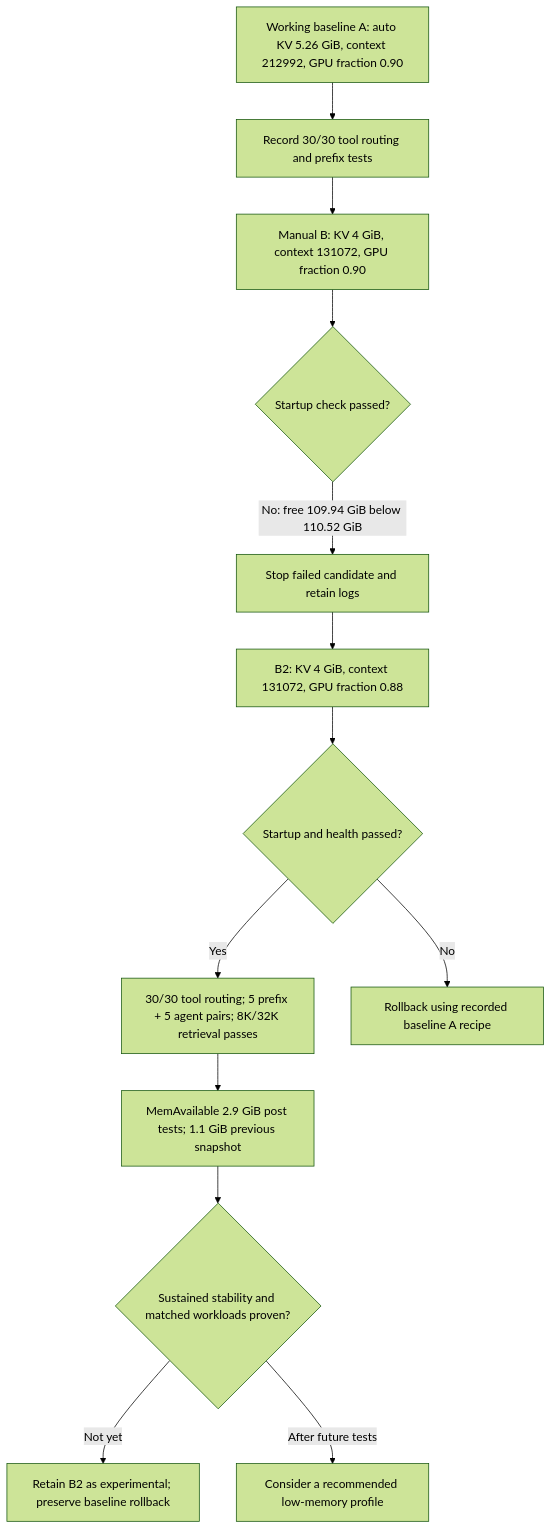
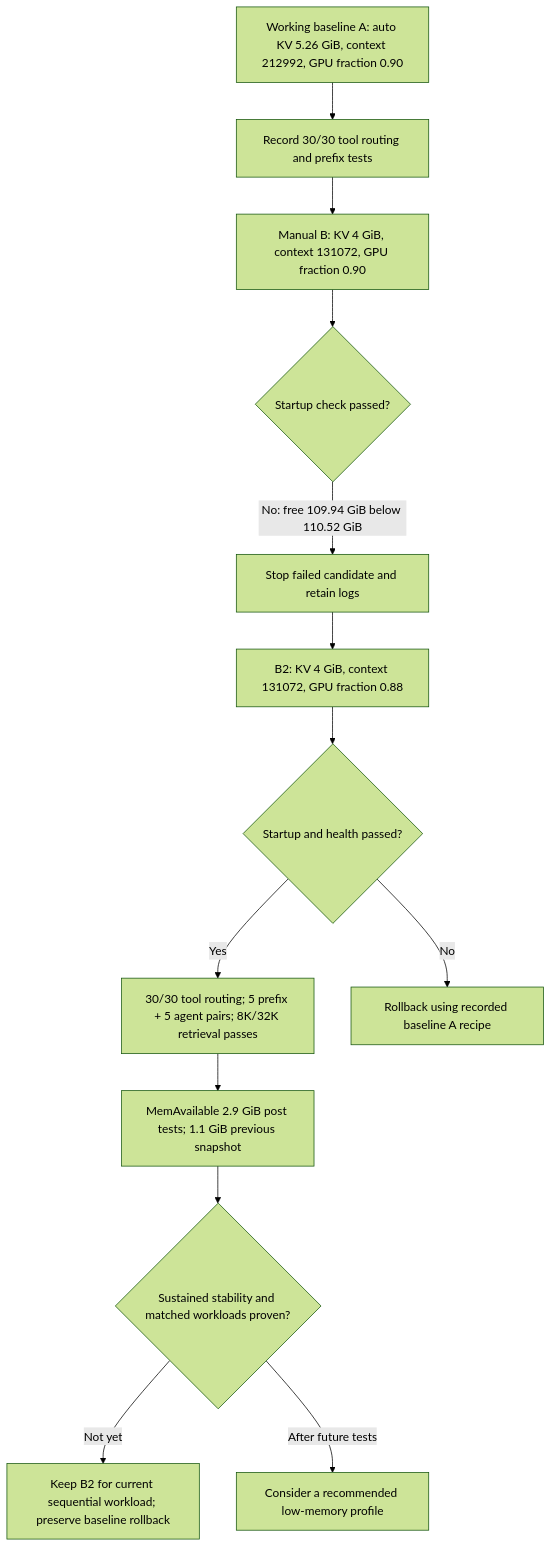
Before and after one commit to kagaho/jetson-thor-llm-bench: the diagram in docs/diagrams/11-memory-budget-restart.md, drawn with Mermaid (forest theme). The commit also changed other lines of this file and 19 other files, not shown here.

````diff
--- a/docs/diagrams/11-memory-budget-restart.md
+++ b/docs/diagrams/11-memory-budget-restart.md
@@ -5,15 +5,15 @@
 ```mermaid
 flowchart TD
     A[Working baseline A: auto KV 5.26 GiB, context 212992, GPU fraction 0.90] --> B[Record 30/30 tool routing and prefix tests]
     B --> C[Manual B: KV 4 GiB, context 131072, GPU fraction 0.90]
     C --> D{Startup check passed?}
     D -->|No: free 109.94 GiB below 110.52 GiB| E[Stop failed candidate and retain logs]
     E --> F[B2: KV 4 GiB, context 131072, GPU fraction 0.88]
     F --> G{Startup and health passed?}
     G -->|Yes| H[30/30 tool routing; 5 prefix + 5 agent pairs; 8K/32K retrieval passes]
     H --> I[MemAvailable 2.9 GiB post tests; 1.1 GiB previous snapshot]
     I --> J{Sustained stability and matched workloads proven?}
-    J -->|Not yet| K[Retain B2 as experimental; preserve baseline rollback]
+    J -->|Not yet| K[Keep B2 for current sequential workload; preserve baseline rollback]
     J -->|After future tests| L[Consider a recommended low-memory profile]
     G -->|No| M[Rollback using recorded baseline A recipe]
 ```
````
